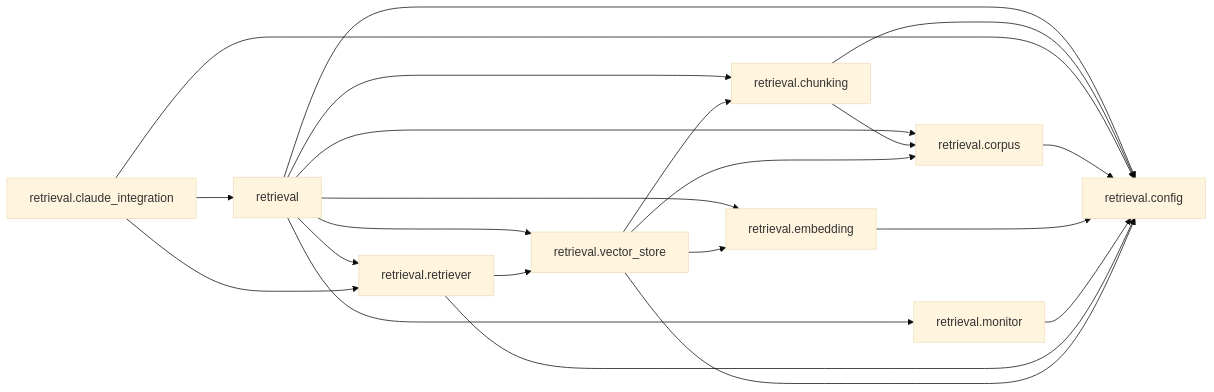
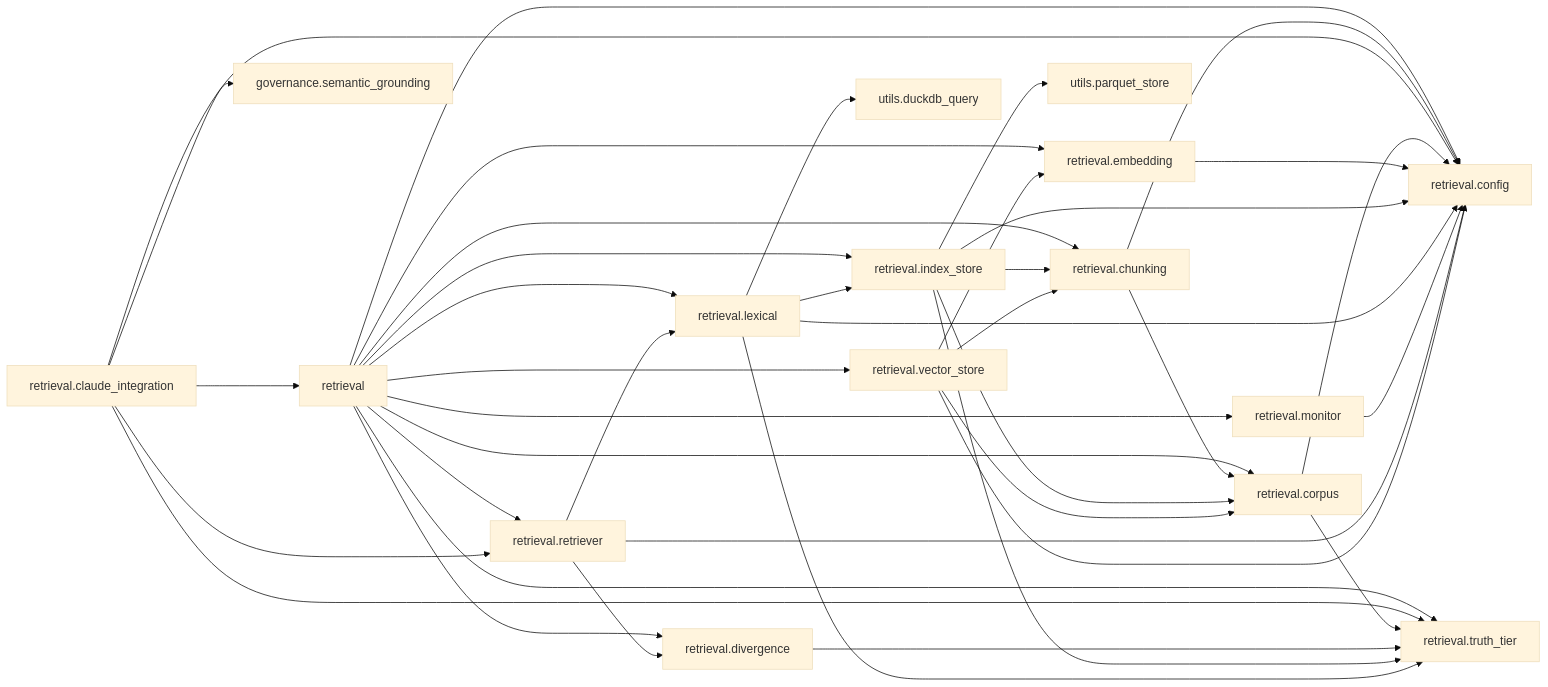
Before and after one commit to Chaithu1995-0312/TradeHlt: diagram 31 of 41 in docs/architecture/code-map.generated.md, drawn with Mermaid (base theme). The commit also changed other lines of this file and 39 other files, not shown here.

First line of the commit message:
docs: F-064 full-corpus re-measurement, feature-schema walk, architecture map sync

````diff
--- a/docs/architecture/code-map.generated.md
+++ b/docs/architecture/code-map.generated.md
@@ -1863,33 +2343,58 @@
 ```mermaid
 flowchart LR
     retrieval["retrieval"]
     retrieval_chunking["retrieval.chunking"]
     retrieval_claude_integration["retrieval.claude_integration"]
     retrieval_config["retrieval.config"]
     retrieval_corpus["retrieval.corpus"]
+    retrieval_divergence["retrieval.divergence"]
     retrieval_embedding["retrieval.embedding"]
+    retrieval_index_store["retrieval.index_store"]
+    retrieval_lexical["retrieval.lexical"]
     retrieval_monitor["retrieval.monitor"]
     retrieval_retriever["retrieval.retriever"]
+    retrieval_truth_tier["retrieval.truth_tier"]
     retrieval_vector_store["retrieval.vector_store"]
+    governance_semantic_grounding["governance.semantic_grounding"]
+    utils_duckdb_query["utils.duckdb_query"]
+    utils_parquet_store["utils.parquet_store"]
     retrieval --> retrieval_chunking
     retrieval --> retrieval_config
     retrieval --> retrieval_corpus
+    retrieval --> retrieval_divergence
     retrieval --> retrieval_embedding
+    retrieval --> retrieval_index_store
+    retrieval --> retrieval_lexical
     retrieval --> retrieval_monitor
     retrieval --> retrieval_retriever
+    retrieval --> retrieval_truth_tier
     retrieval --> retrieval_vector_store
     retrieval_chunking --> retrieval_config
     retrieval_chunking --> retrieval_corpus
+    retrieval_claude_integration --> governance_semantic_grounding
     retrieval_claude_integration --> retrieval
     retrieval_claude_integration --> retrieval_config
     retrieval_claude_integration --> retrieval_retriever
+    retrieval_claude_integration --> retrieval_truth_tier
     retrieval_corpus --> retrieval_config
+    retrieval_corpus --> retrieval_truth_tier
+    retrieval_divergence --> retrieval_truth_tier
     retrieval_embedding --> retrieval_config
+    retrieval_index_store --> retrieval_chunking
+    retrieval_index_store --> retrieval_config
+    retrieval_index_store --> retrieval_corpus
+    retrieval_index_store --> retrieval_truth_tier
+    retrieval_index_store --> utils_parquet_store
+    retrieval_lexical --> retrieval_config
+    retrieval_lexical --> retrieval_index_store
+    retrieval_lexical --> retrieval_truth_tier
+    retrieval_lexical --> utils_duckdb_query
     retrieval_monitor --> retrieval_config
     retrieval_retriever --> retrieval_config
-    retrieval_retriever --> retrieval_vector_store
+    retrieval_retriever --> retrieval_divergence
+    retrieval_retriever --> retrieval_lexical
     retrieval_vector_store --> retrieval_chunking
     retrieval_vector_store --> retrieval_config
     retrieval_vector_store --> retrieval_corpus
     retrieval_vector_store --> retrieval_embedding
 ```
````
